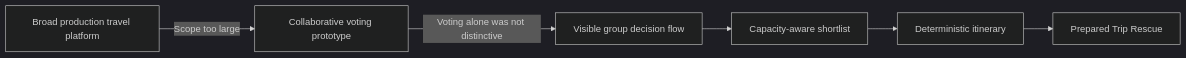
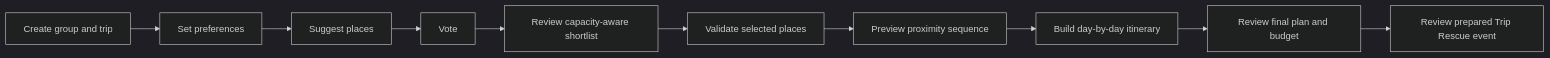
Before and after one commit to qianyi-11/TravPlanner: the fourth of 5 diagrams in README.md, drawn with Mermaid (dark theme). The commit also changed other lines of this file, not shown here.

````diff
--- a/README.md
+++ b/README.md
@@ -167,8 +195,12 @@
 ```mermaid
 flowchart LR
-    A[Broad production travel platform] -->|Scope too large| B[Collaborative voting prototype]
-    B -->|Voting alone was not distinctive| C[Visible group decision flow]
-    C --> D[Capacity-aware shortlist]
-    D --> E[Deterministic itinerary]
-    E --> F[Prepared Trip Rescue]
+    A[Create group and trip] --> B[Set preferences]
+    B --> C[Suggest places]
+    C --> D[Vote]
+    D --> E[Review capacity-aware shortlist]
+    E --> F[Validate selected places]
+    F --> G[Preview proximity sequence]
+    G --> H[Build day-by-day itinerary]
+    H --> I[Review final plan and budget]
+    I --> J[Review prepared Trip Rescue event]
 ```
````
